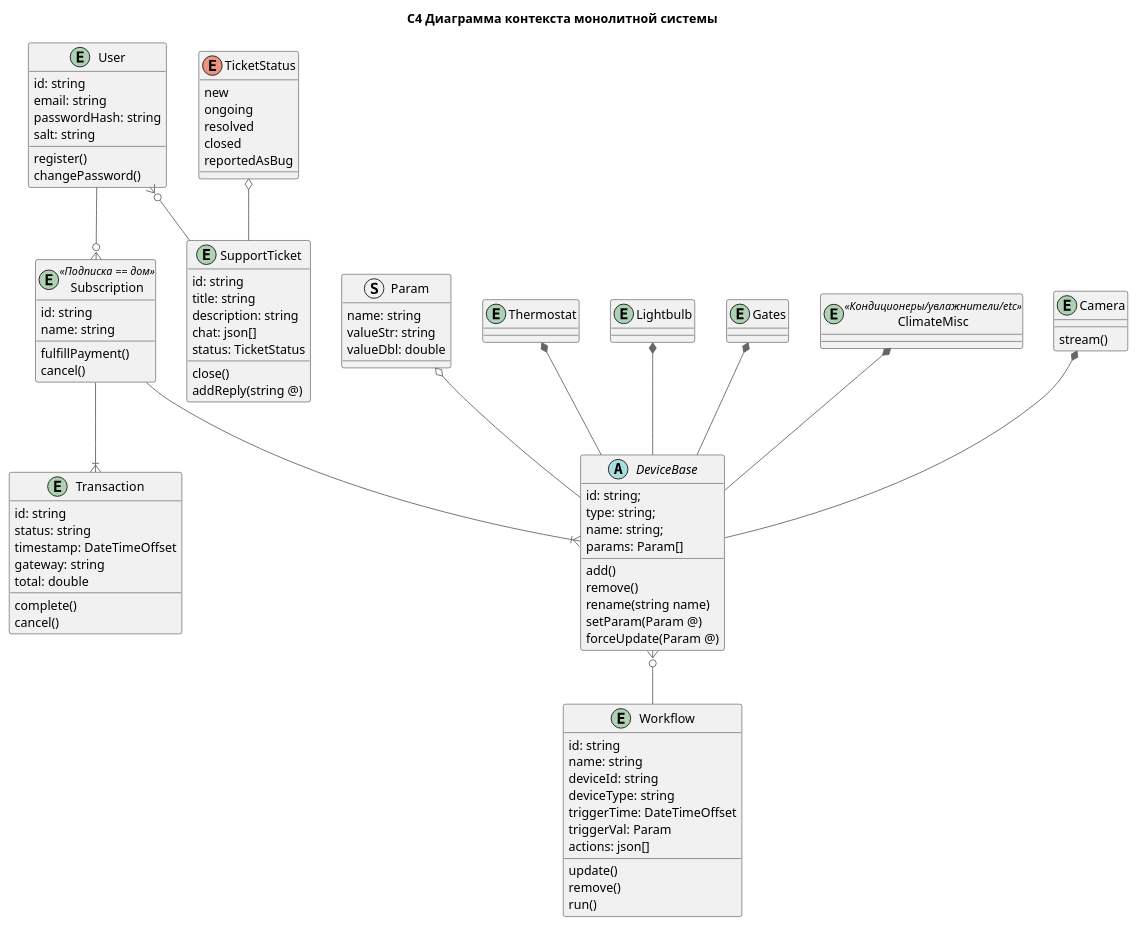
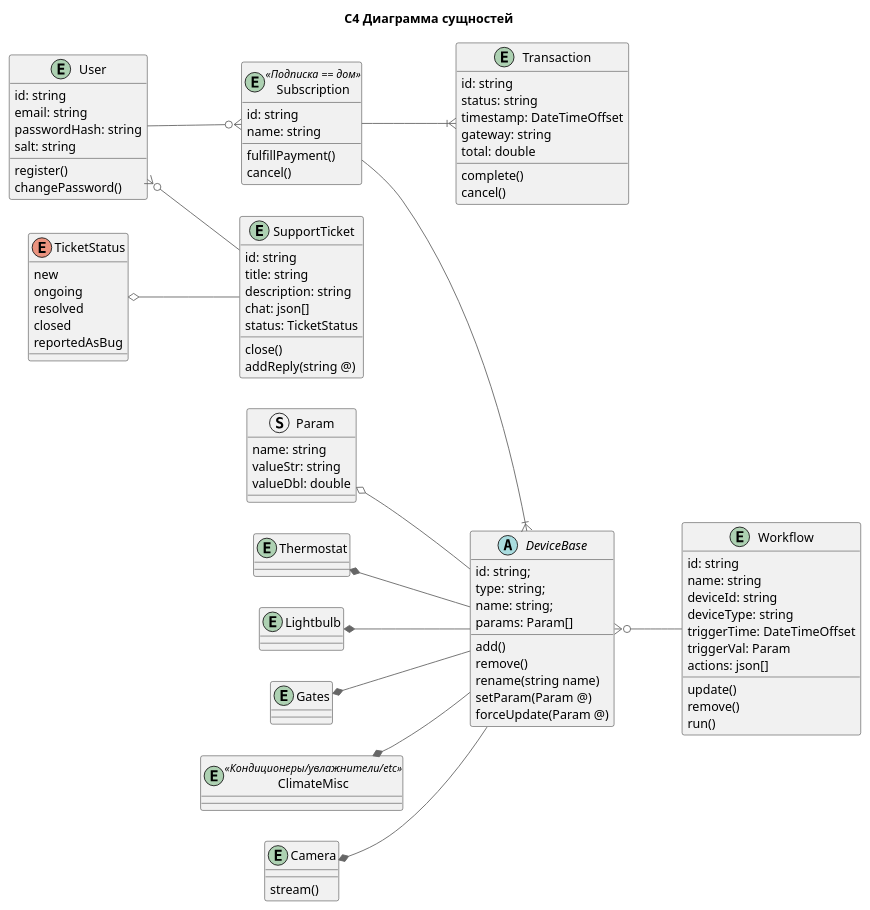
The diagram in diagrams/er.puml (Adskoy/architecture_sprint_3), drawn with PlantUML before and after one commit.

Commit message:
Исправил опечатку

```diff
--- a/diagrams/er.puml
+++ b/diagrams/er.puml
@@ -1,113 +1,113 @@
 @startuml
-title C4 Диаграмма контекста монолитной системы
+title C4 Диаграмма сущностей
 
-top to bottom direction
+left to right direction
 
 !includeurl https://raw.githubusercontent.com/plantuml-stdlib/C4-PlantUML/master/C4_Component.puml
 
 entity User {
     id: string
     email: string
     passwordHash: string
     salt: string 
     register()
     changePassword()
 }
 
 entity Subscription <<Подписка == дом>> {
     id: string
     name: string
     fulfillPayment()
     cancel()
 }
 
 entity Transaction {
     id: string
     status: string
     timestamp: DateTimeOffset
     gateway: string
     total: double
     complete()
     cancel()
 }
 
 struct Param {
     name: string
     valueStr: string
     valueDbl: double
 }
 
 abstract class DeviceBase {
     id: string;
     type: string;
     name: string;
     params: Param[]
     add()
     remove()
     rename(string name)
     setParam(Param @)
     forceUpdate(Param @)    
 }
 
 entity Thermostat {
 }
 
 entity Lightbulb {
 }
 
 entity Gates {
 }
 
 entity ClimateMisc <<Кондиционеры/увлажнители/etc>> {
 }
 
 entity Camera {
     stream()
 }
 
 entity Workflow {
     id: string
     name: string
     deviceId: string
     deviceType: string
     triggerTime: DateTimeOffset
     triggerVal: Param
     actions: json[]
     update()
     remove()
     run()
 }
 
 enum TicketStatus {
     new
     ongoing
     resolved
     closed
     reportedAsBug
 }
 
 entity SupportTicket {
     id: string
     title: string
     description: string
     chat: json[]
     status: TicketStatus
     close()
     addReply(string @)
 }
 
 User }o-- SupportTicket
 TicketStatus o-- SupportTicket
 Param o-- DeviceBase
 Camera *-- DeviceBase
 ClimateMisc *-- DeviceBase
 Gates *-- DeviceBase
 Thermostat *-- DeviceBase
 Lightbulb *-- DeviceBase
 User --o{ Subscription
 Subscription --|{ Transaction
 Subscription --|{ DeviceBase
 DeviceBase }o-- Workflow
 
 
 @enduml
```
